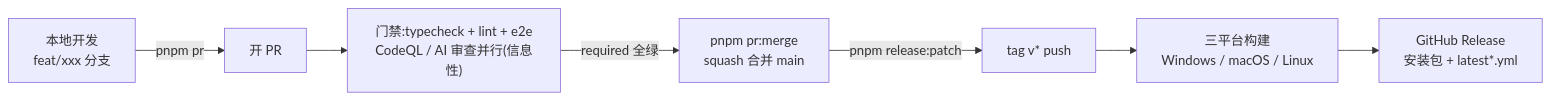
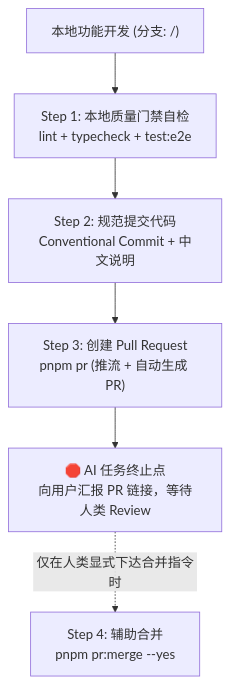
Before and after one commit to BanShan-Alec/electron-react-monorepo-template: the diagram in .github/CICD.md, drawn with Mermaid. The commit also changed other lines of this file and 4 other files, not shown here.

````diff
--- a/.github/CICD.md
+++ b/.github/CICD.md
@@ -120,9 +26,8 @@
 ```mermaid
-flowchart LR
-  A["本地开发<br/>feat/xxx 分支"] -->|"pnpm pr"| B["开 PR"]
-  B --> C["门禁:typecheck + lint + e2e<br/>CodeQL / AI 审查并行(信息性)"]
-  C -->|"required 全绿"| D["pnpm pr:merge<br/>squash 合并 main"]
-  D -->|"pnpm release:patch"| E["tag v* push"]
-  E --> F["三平台构建<br/>Windows / macOS / Linux"]
-  F --> G["GitHub Release<br/>安装包 + latest*.yml"]
+flowchart TD
+  A["本地功能开发 (分支: <type>/<topic>)"] --> B["Step 1: 本地质量门禁自检<br/>lint + typecheck + test:e2e"]
+  B --> C["Step 2: 规范提交代码<br/>Conventional Commit + 中文说明"]
+  C --> D["Step 3: 创建 Pull Request<br/>pnpm pr (推流 + 自动生成 PR)"]
+  D --> E["🛑 AI 任务终止点<br/>向用户汇报 PR 链接，等待人类 Review"]
+  E -.->|"仅在人类显式下达合并指令时"| F["Step 4: 辅助合并<br/>pnpm pr:merge --yes"]
 ```
````
